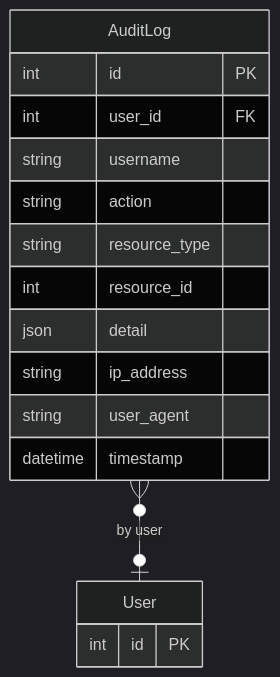
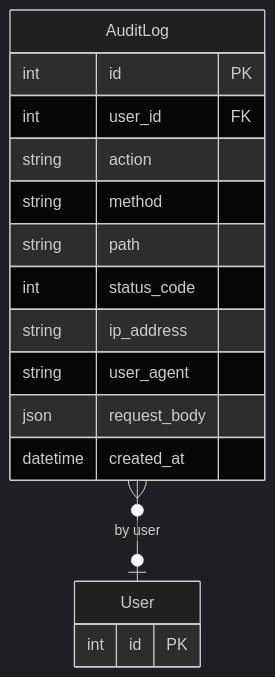
One commit to saturnis-io/cassini changed the second of 2 diagrams in .knowledge/features/admin.md. Above: the diagram before and after it, drawn with Mermaid (dark theme). The commit also changed other lines of this file and 15 other files, not shown here.

Commit message:
knowledge-graph: regenerate

````diff
--- a/.knowledge/features/admin.md
+++ b/.knowledge/features/admin.md
@@ -28,19 +26,19 @@
 ```mermaid
 erDiagram
     AuditLog }o--o| User : "by user"
     AuditLog {
         int id PK
         int user_id FK
-        string username
         string action
-        string resource_type
-        int resource_id
-        json detail
+        string method
+        string path
+        int status_code
         string ip_address
         string user_agent
-        datetime timestamp
+        json request_body
+        datetime created_at
     }
     User {
         int id PK
     }
 ```
````
